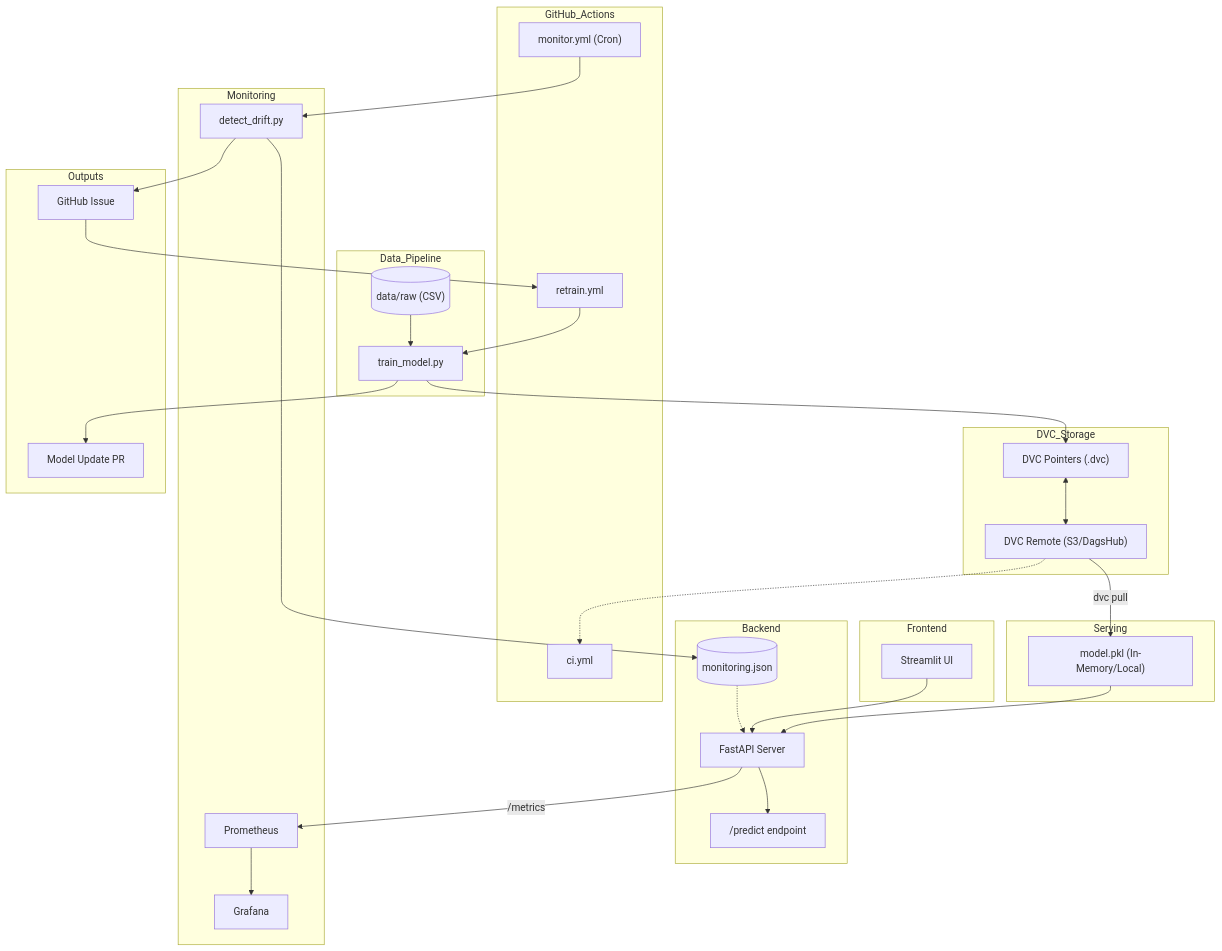
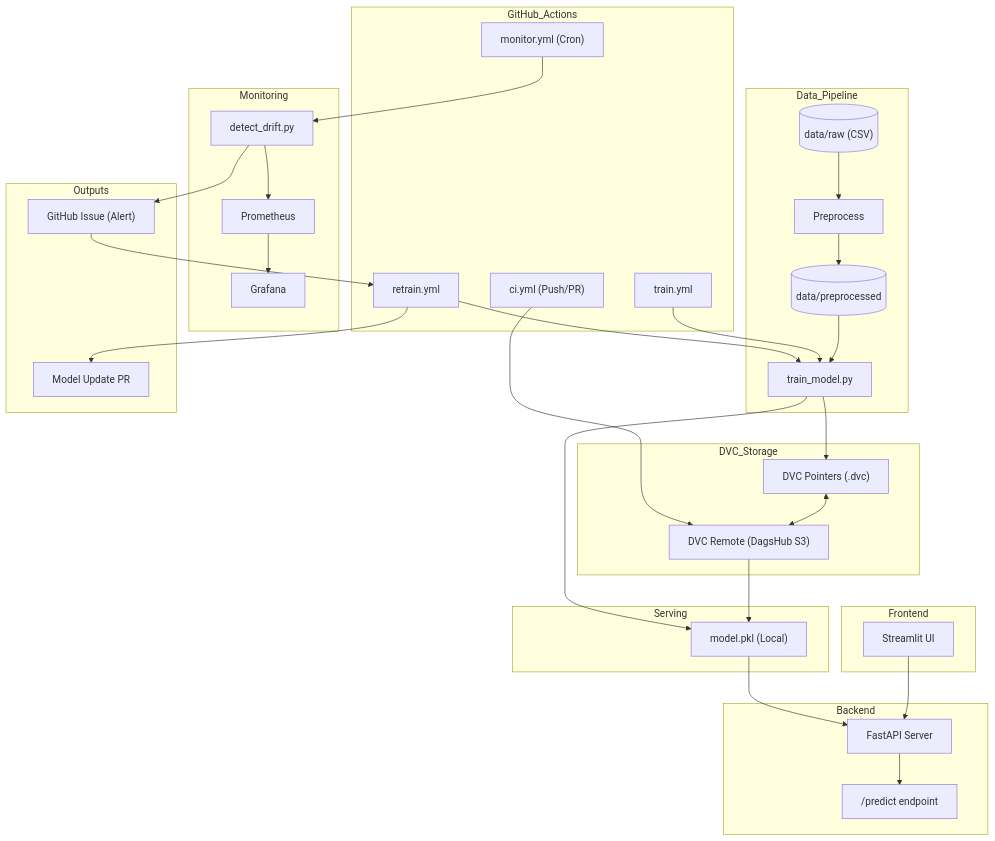
The first of 2 diagrams in README.md (ltathu-183/DSEB65A-Group04-customer-churn-predictor), drawn with Mermaid before and after one commit. The commit also changed other lines of this file, not shown here.

Commit message:
doc: update flow chart

````diff
--- a/README.md
+++ b/README.md
@@ -118,175 +116,93 @@
 ```mermaid
 flowchart TD
 
-
-
 %% =======================
-
 %% FRONTEND & BACKEND
-
 %% =======================
-
 subgraph Frontend
-
     UI[Streamlit UI]
-
 end
 
-
-
 subgraph Backend
-
     API[FastAPI Server]
-
-    API --> PRED["/predict endpoint"]
-
-    JSON_LOG[(monitoring.json)]
-
-    
-
-    %% FastAPI đọc log từ drift để expose metrics
-
-    JSON_LOG -.-> API
-
+    PRED["/predict endpoint"]
+    API --> PRED
 end
-
-
 
 UI --> API
 
+%% =======================
+%% DATA PIPELINE
+%% =======================
+subgraph Data_Pipeline
+    RAW[("data/raw (CSV)")]
+    PRE[Preprocess]
+    PROC[("data/preprocessed")]
+    TRAIN_SCRIPT[train_model.py]
 
+    RAW --> PRE --> PROC --> TRAIN_SCRIPT
+end
 
 %% =======================
+%% DVC STORAGE
+%% =======================
+subgraph DVC_Storage
+    DVC_REMOTE["DVC Remote (DagsHub S3)"]
+    DVC_PTR["DVC Pointers (.dvc)"]
+end
 
-%% DATA & TRAINING
+TRAIN_SCRIPT --> DVC_PTR
+DVC_PTR <--> DVC_REMOTE
 
 %% =======================
-
-subgraph Data_Pipeline
-
-    RAW[("data/raw (CSV)")]
-
-    TRAIN_SCRIPT[train_model.py]
-
-    RAW --> TRAIN_SCRIPT
-
+%% GITHUB ACTIONS
+%% =======================
+subgraph GitHub_Actions
+    CI_G["ci.yml (Push/PR)"]
+    TRAIN_G["train.yml"]
+    RETRAIN_G["retrain.yml"]
+    MONITOR_G["monitor.yml (Cron)"]
 end
 
-
-
-subgraph DVC_Storage
-
-    DVC_REMOTE["DVC Remote (S3/DagsHub)"]
-
-    DVC_PTR["DVC Pointers (.dvc)"]
-
-end
-
-
-
-TRAIN_SCRIPT --> DVC_PTR
-
-DVC_PTR <--> DVC_REMOTE
-
-
+CI_G --> DVC_REMOTE
+TRAIN_G --> TRAIN_SCRIPT
+RETRAIN_G --> TRAIN_SCRIPT
 
 %% =======================
-
-%% AUTOMATION
-
+%% MONITORING
 %% =======================
-
-subgraph GitHub_Actions
-
-    CI["ci.yml"]
-
-    RETRAIN_G["retrain.yml"]
-
-    MONITOR_G["monitor.yml (Cron)"]
-
-end
-
-
-
-%% CI pull model để kiểm tra hoặc deploy
-
-DVC_REMOTE -.-> CI
-
-RETRAIN_G --> TRAIN_SCRIPT
-
-
-
-%% =======================
-
-%% MONITORING
-
-%% =======================
-
 subgraph Monitoring
-
     DRIFT[detect_drift.py]
-
     PROM[Prometheus]
-
     GRAF[Grafana]
 
-
-
-    %% Luồng: Drift tạo log -> API đọc -> Prometheus hốt
-
-    DRIFT --> JSON_LOG
-
-    API -- "/metrics" --> PROM
-
+    %% Luồng: Drift đẩy log/metric -> Prometheus thu thập -> Grafana hiển thị
+    DRIFT --> PROM
     PROM --> GRAF
-
 end
-
-
 
 MONITOR_G --> DRIFT
 
+%% =======================
+%% OUTPUTS & FEEDBACK
+%% =======================
+subgraph Outputs
+    ISSUE["GitHub Issue (Alert)"]
+    PR["Model Update PR"]
+end
 
+DRIFT --> ISSUE
+ISSUE --> RETRAIN_G
+RETRAIN_G --> PR
 
 %% =======================
-
-%% OUTPUTS & FEEDBACK
-
+%% SERVING
 %% =======================
-
-subgraph Outputs
-
-    ISSUE["GitHub Issue"]
-
-    PR["Model Update PR"]
-
+subgraph Serving
+    MODEL["model.pkl (Local)"]
 end
 
-
-
-DRIFT --> ISSUE
-
-ISSUE --> RETRAIN_G
-
-TRAIN_SCRIPT --> PR
-
-
-
-%% =======================
-
-%% SERVING
-
-%% =======================
-
-subgraph Serving
-
-    MODEL["model.pkl (In-Memory/Local)"]
-
-end
-
-
-
-DVC_REMOTE -- "dvc pull" --> MODEL
-
+DVC_REMOTE --> MODEL
+TRAIN_SCRIPT --> MODEL
 MODEL --> API
 ```
````
